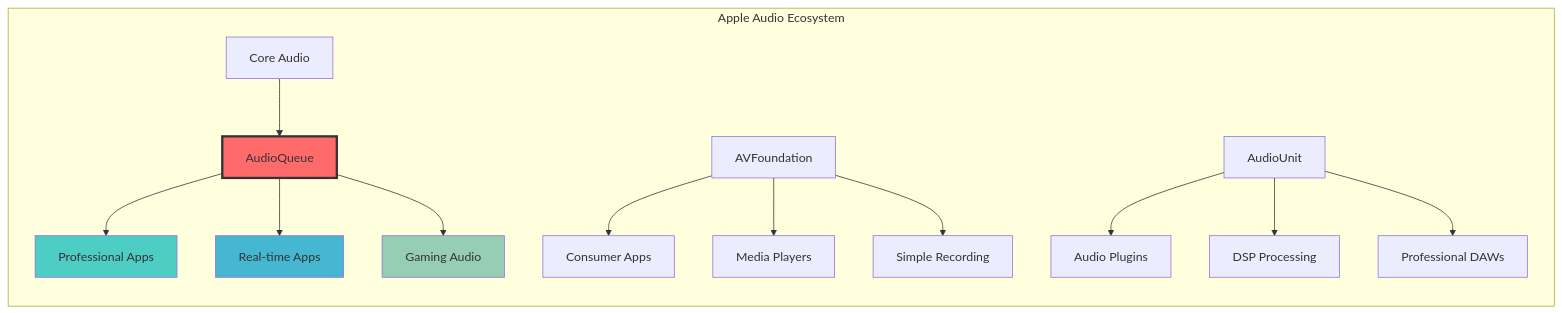
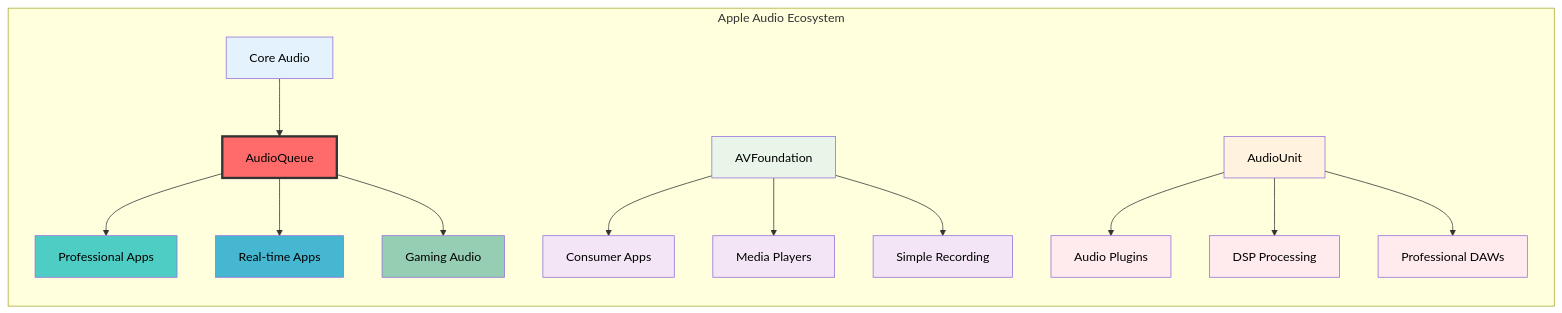
One commit to Dtheme/ohmy408 changed the second of 10 diagrams in ohmy408/datas.bundle/音频开发/1.2 AudioQueue技术原理和使用.md. Above: the diagram before and after it, drawn with Mermaid. The commit also changed other lines of this file and 7 other files, not shown here.

````diff
--- a/ohmy408/datas.bundle/音频开发/1.2 AudioQueue技术原理和使用.md
+++ b/ohmy408/datas.bundle/音频开发/1.2 AudioQueue技术原理和使用.md
@@ -56,22 +58,31 @@
 ```mermaid
 graph LR
     subgraph "Apple Audio Ecosystem"
         A[Core Audio] --> B[AudioQueue]
         B --> C[Professional Apps]
         B --> D[Real-time Apps]
         B --> E[Gaming Audio]
         
         F[AVFoundation] --> G[Consumer Apps]
         F --> H[Media Players]
         F --> I[Simple Recording]
         
         J[AudioUnit] --> K[Audio Plugins]
         J --> L[DSP Processing]
         J --> M[Professional DAWs]
     end
     
-    style B fill:#ff6b6b,stroke:#333,stroke-width:3px
-    style C fill:#4ecdc4
-    style D fill:#45b7d1
-    style E fill:#96ceb4
+    style B fill:#ff6b6b,stroke:#333,stroke-width:3px,color:#000
+    style C fill:#4ecdc4,color:#000
+    style D fill:#45b7d1,color:#000
+    style E fill:#96ceb4,color:#000
+    style A fill:#e3f2fd,color:#000
+    style F fill:#e8f5e8,color:#000
+    style J fill:#fff3e0,color:#000
+    style G fill:#f3e5f5,color:#000
+    style H fill:#f3e5f5,color:#000
+    style I fill:#f3e5f5,color:#000
+    style K fill:#ffebee,color:#000
+    style L fill:#ffebee,color:#000
+    style M fill:#ffebee,color:#000
 ```
````
